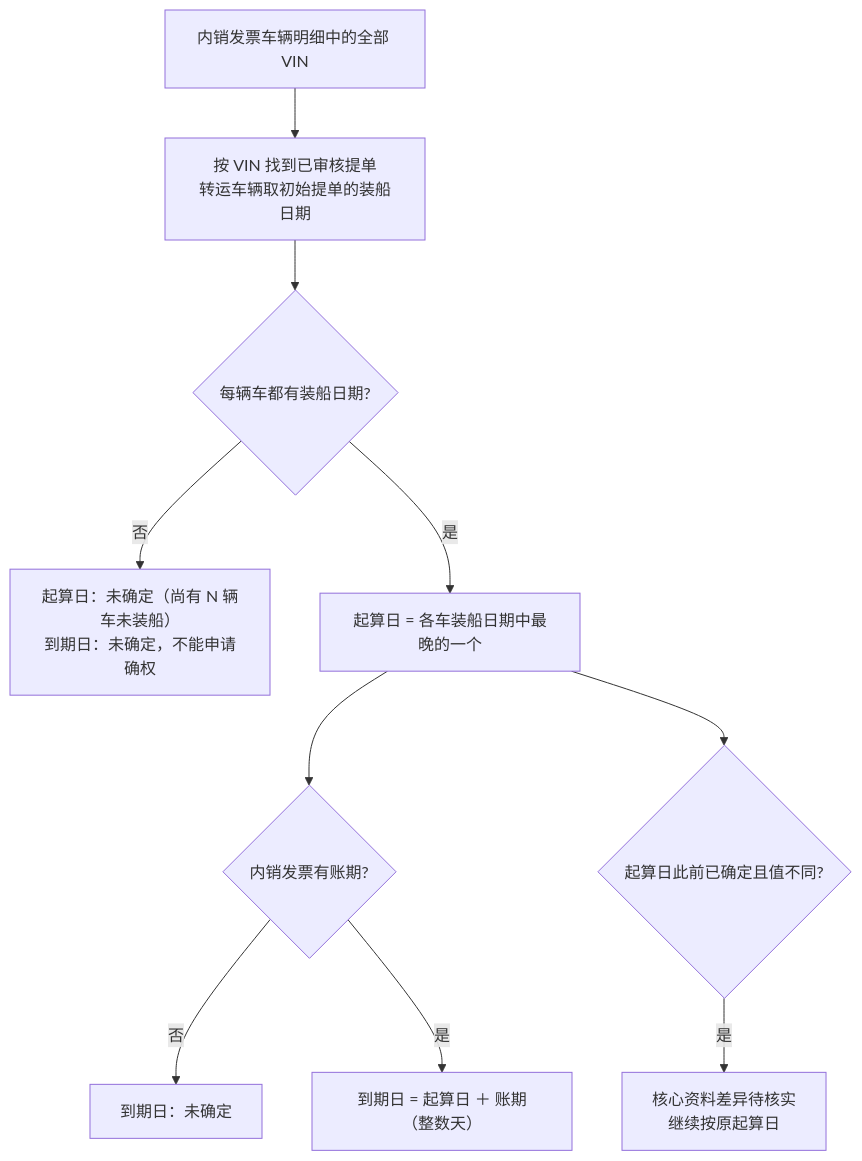
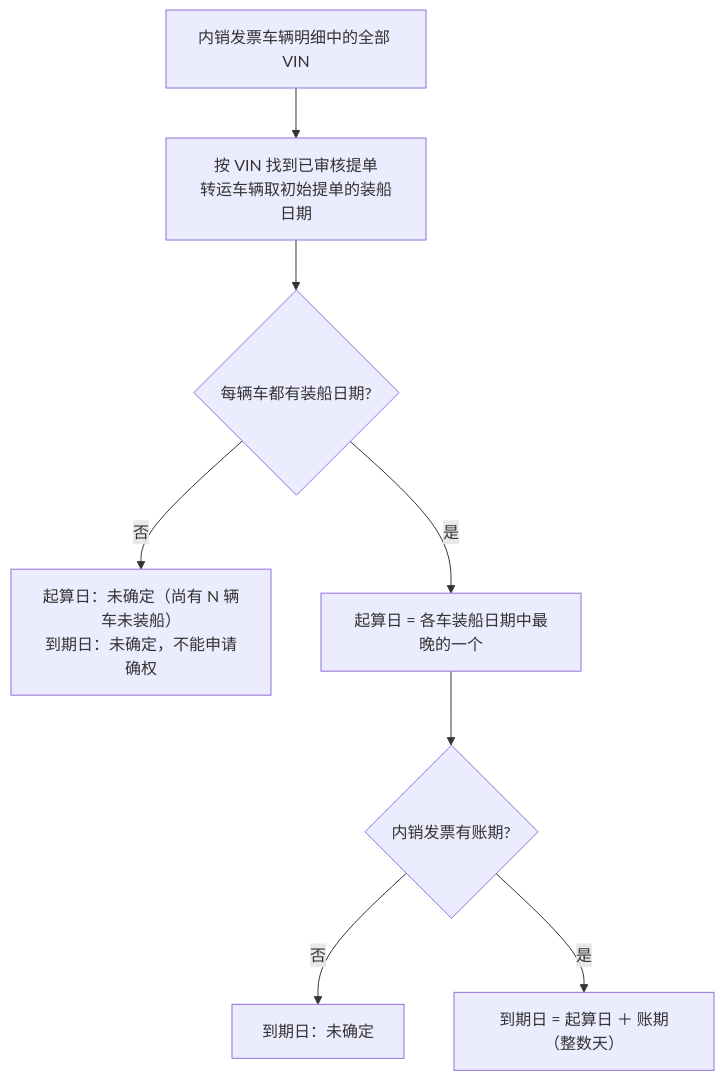
The second of 6 diagrams in asset-trust-platform/PRD/两端共用/M3-应收账款与发票/02-应收账款与发票-流程图与状态机.md (wxblockchain/Chain-Financing), drawn with Mermaid before and after one commit. The commit also changed other lines of this file and 2 other files, not shown here.

````diff
--- a/asset-trust-platform/PRD/两端共用/M3-应收账款与发票/02-应收账款与发票-流程图与状态机.md
+++ b/asset-trust-platform/PRD/两端共用/M3-应收账款与发票/02-应收账款与发票-流程图与状态机.md
@@ -43,12 +43,10 @@
 ```mermaid
 flowchart TD
     A[内销发票车辆明细中的全部 VIN] --> B[按 VIN 找到已审核提单<br/>转运车辆取初始提单的装船日期]
     B --> C{每辆车都有装船日期?}
     C -->|否| C1[起算日：未确定（尚有 N 辆车未装船）<br/>到期日：未确定，不能申请确权]
     C -->|是| D[起算日 = 各车装船日期中最晚的一个]
     D --> E{内销发票有账期?}
     E -->|否| E1[到期日：未确定]
     E -->|是| F[到期日 = 起算日 ＋ 账期（整数天）]
-    D --> H{起算日此前已确定且值不同?}
-    H -->|是| H1[核心资料差异待核实<br/>继续按原起算日]
 ```
````
